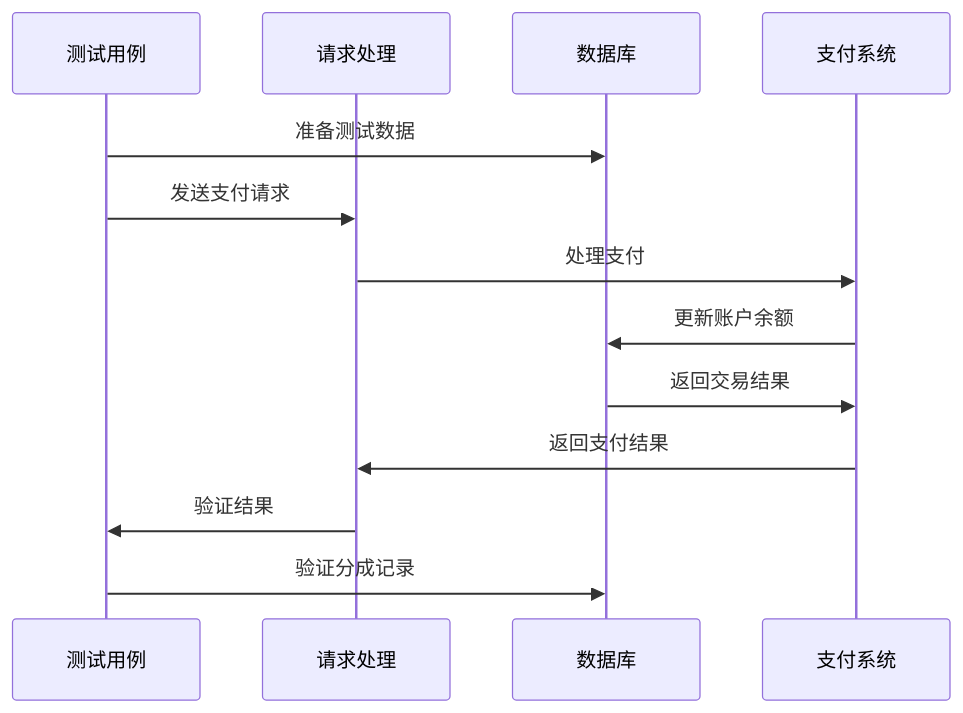
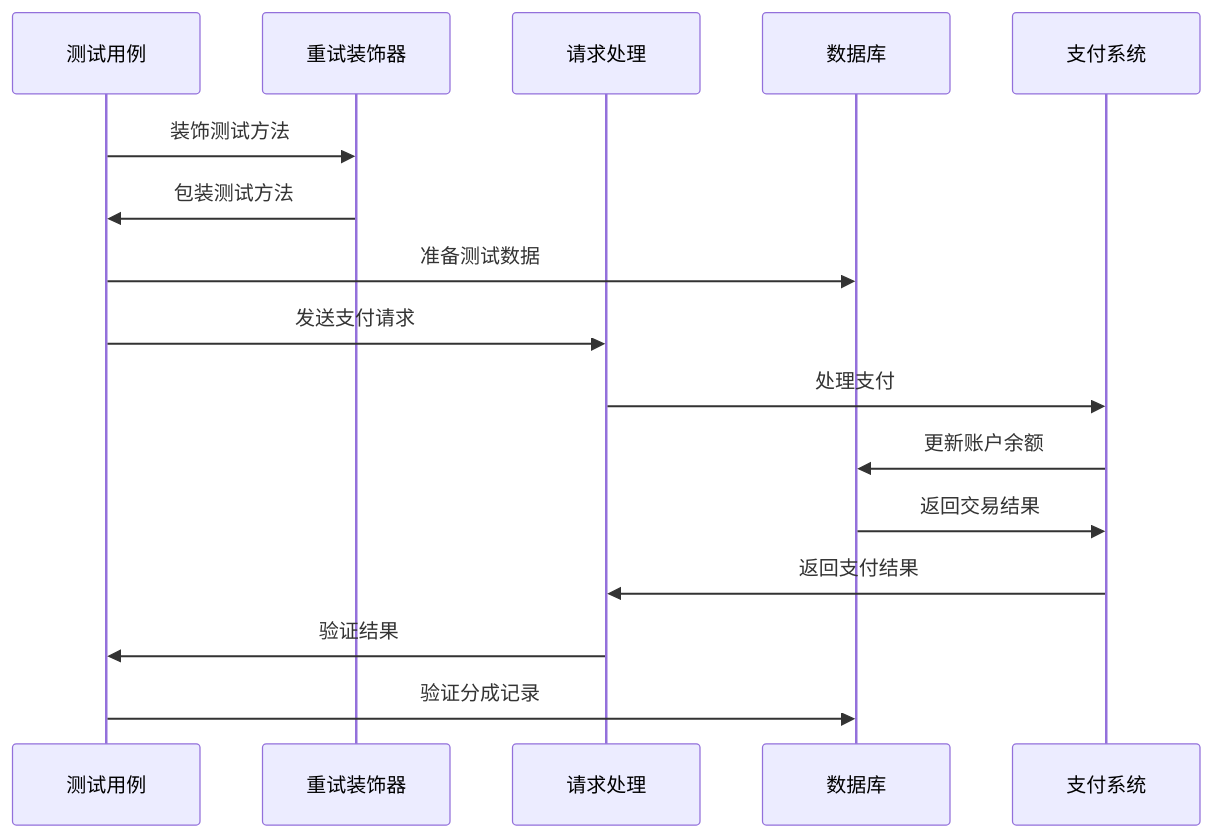
One commit to liximing1-ola/qa-payTest changed the fourth of 8 diagrams in .qoder/repowiki/zh/content/支付测试用例/私聊付费测试.md. Above: the diagram before and after it, drawn with Mermaid. The commit also changed other lines of this file and 103 other files, not shown here.

````diff
--- a/.qoder/repowiki/zh/content/支付测试用例/私聊付费测试.md
+++ b/.qoder/repowiki/zh/content/支付测试用例/私聊付费测试.md
@@ -207,15 +237,18 @@
 ```mermaid
 sequenceDiagram
 participant Test as 测试用例
+participant Retry as 重试装饰器
 participant Request as 请求处理
 participant DB as 数据库
 participant Pay as 支付系统
+Test->>Retry : 装饰测试方法
+Retry->>Test : 包装测试方法
 Test->>DB : 准备测试数据
 Test->>Request : 发送支付请求
 Request->>Pay : 处理支付
 Pay->>DB : 更新账户余额
 DB->>Pay : 返回交易结果
 Pay->>Request : 返回支付结果
 Request->>Test : 验证结果
 Test->>DB : 验证分成记录
 ```
````
